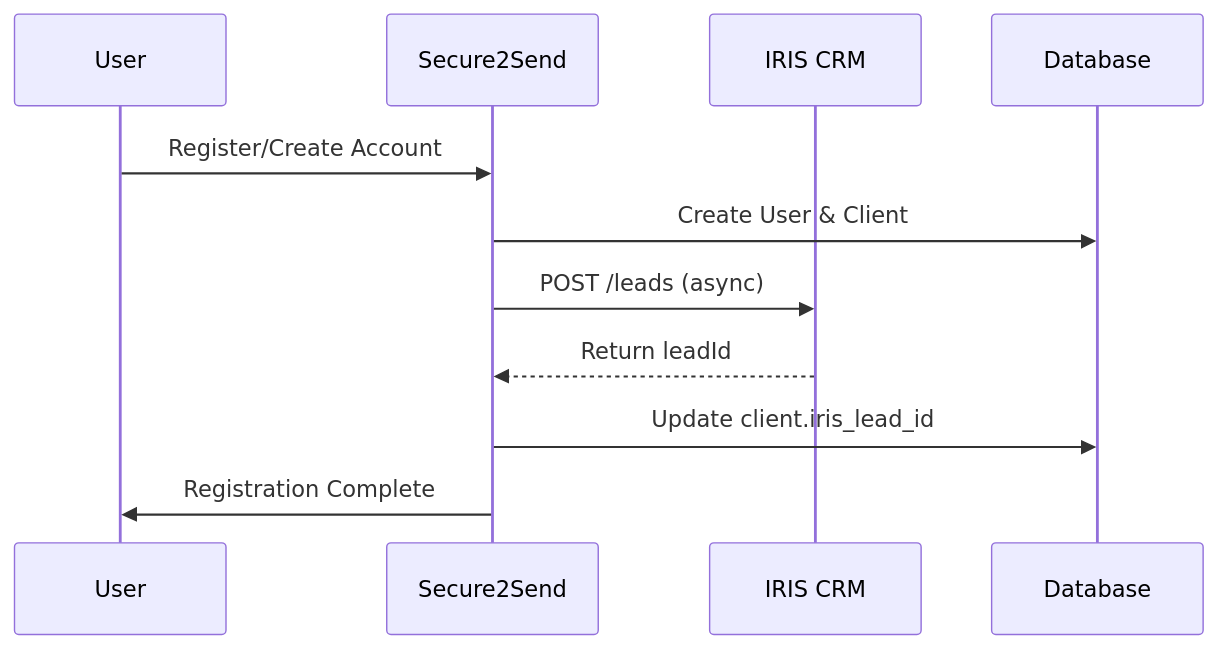
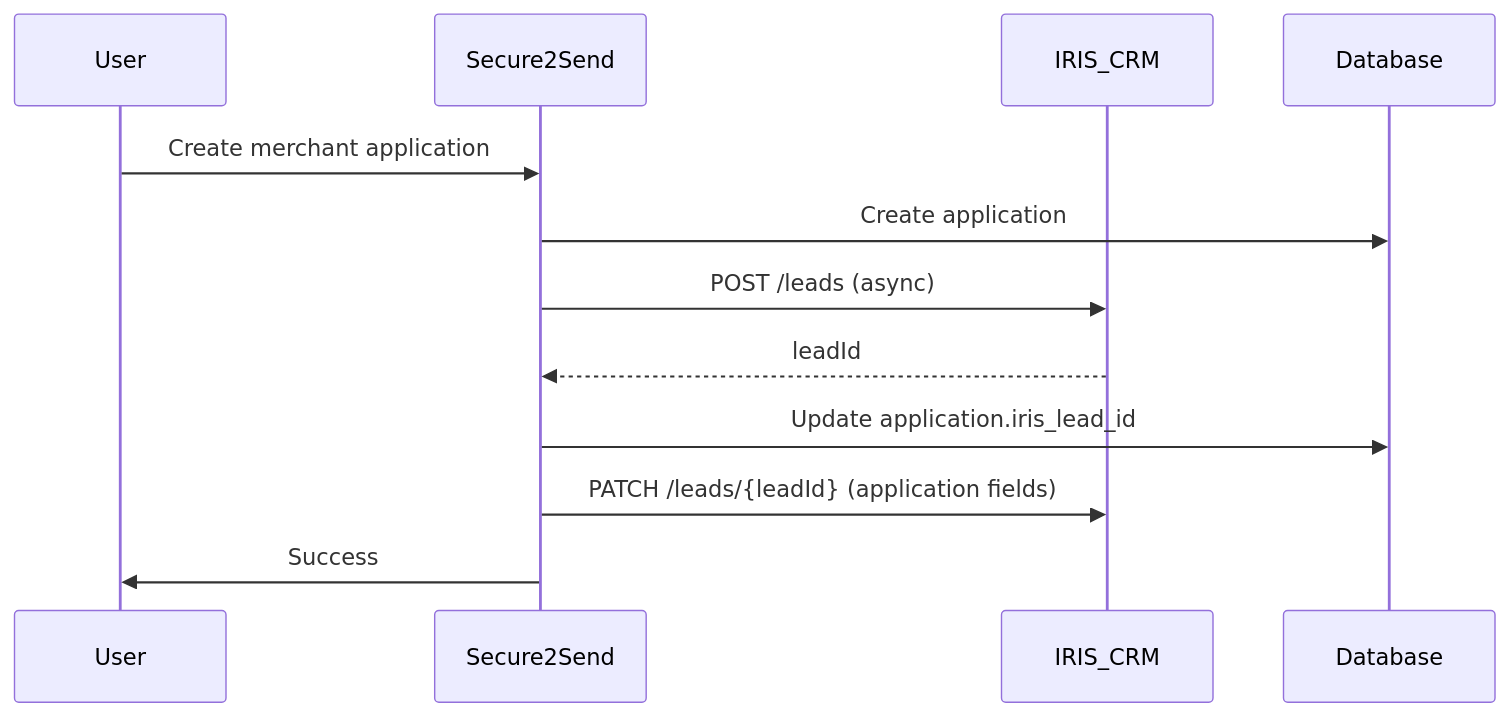
One commit to jdugard3/Secure2Send-Enterprise changed the first of 2 diagrams in IRIS_CRM_INTEGRATION.md. Above: the diagram before and after it, drawn with Mermaid. The commit also changed other lines of this file and 6 other files, not shown here.

First line of the commit message:
IRIS CRM direct integration: documents, leads, application data

````diff
--- a/IRIS_CRM_INTEGRATION.md
+++ b/IRIS_CRM_INTEGRATION.md
@@ -76,14 +64,15 @@
 ```mermaid
 sequenceDiagram
     participant User
     participant Secure2Send
-    participant IRIS CRM
+    participant IRIS_CRM
     participant Database
 
-    User->>Secure2Send: Register/Create Account
-    Secure2Send->>Database: Create User & Client
-    Secure2Send->>IRIS CRM: POST /leads (async)
-    IRIS CRM-->>Secure2Send: Return leadId
-    Secure2Send->>Database: Update client.iris_lead_id
-    Secure2Send->>User: Registration Complete
+    User->>Secure2Send: Create merchant application
+    Secure2Send->>Database: Create application
+    Secure2Send->>IRIS_CRM: POST /leads (async)
+    IRIS_CRM-->>Secure2Send: leadId
+    Secure2Send->>Database: Update application.iris_lead_id
+    Secure2Send->>IRIS_CRM: PATCH /leads/{leadId} (application fields)
+    Secure2Send->>User: Success
 ```
````
